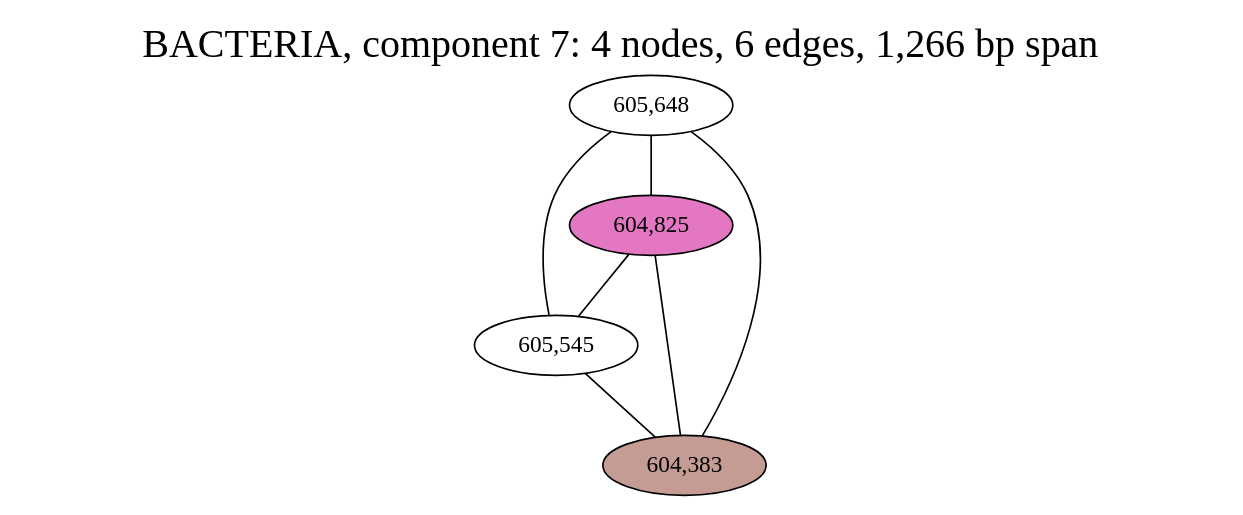
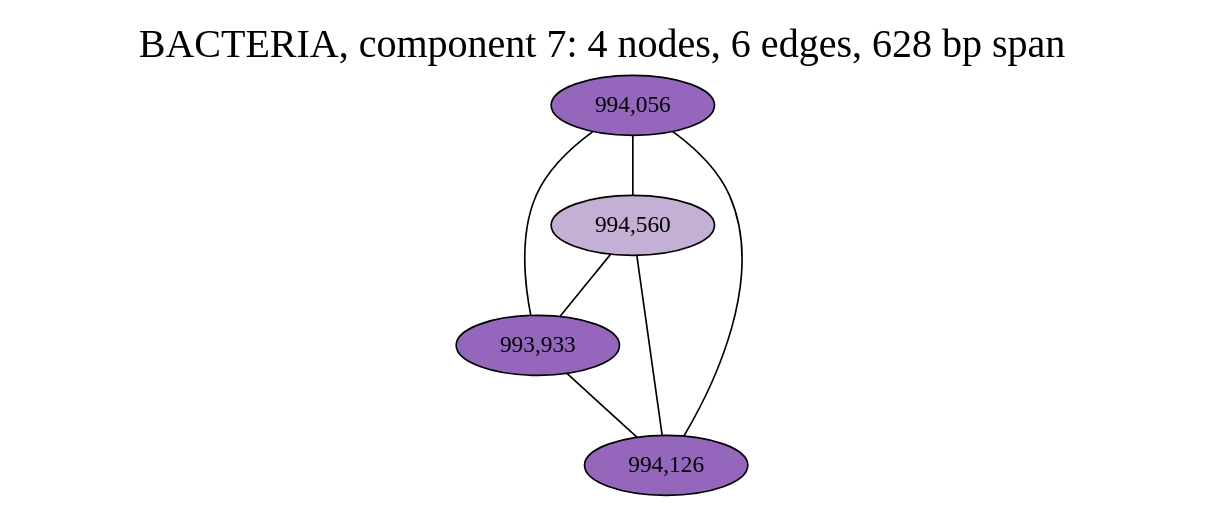
The diagram in notebooks/graphs/BACTERIA_cc7.gv (fedarko/sheepgut), drawn with Graphviz before and after one commit. The commit also changed 52 other files, not shown here.

```diff
--- a/notebooks/graphs/BACTERIA_cc7.gv
+++ b/notebooks/graphs/BACTERIA_cc7.gv
@@ -1,17 +1,17 @@
 graph BACTERIA_cc7 {
 	overlap="prism50";
 	outputorder="edgesfirst";
-	label="BACTERIA, component 7: 4 nodes, 6 edges, 1,266 bp span";
+	label="BACTERIA, component 7: 4 nodes, 6 edges, 628 bp span";
 	labelloc="t";
 	fontsize=24;
-	"605,648" [style="filled", fillcolor="#ffffff", fontcolor="#000000"];
-	"604,825" [style="filled", fillcolor="#e377c2", fontcolor="#000000"];
-	"605,545" [style="filled", fillcolor="#ffffff", fontcolor="#000000"];
-	"604,383" [style="filled", fillcolor="#c49c94", fontcolor="#000000"];
-	"605,648" -- "604,383";
-	"605,648" -- "604,825";
-	"605,648" -- "605,545";
-	"604,825" -- "604,383";
-	"604,825" -- "605,545";
-	"605,545" -- "604,383";
+	"994,056" [style="filled", fillcolor="#9467bd", fontcolor="#000000"];
+	"994,560" [style="filled", fillcolor="#c5b0d5", fontcolor="#000000"];
+	"993,933" [style="filled", fillcolor="#9467bd", fontcolor="#000000"];
+	"994,126" [style="filled", fillcolor="#9467bd", fontcolor="#000000"];
+	"994,056" -- "993,933";
+	"994,056" -- "994,126";
+	"994,056" -- "994,560";
+	"994,560" -- "993,933";
+	"994,560" -- "994,126";
+	"993,933" -- "994,126";
 }
```
